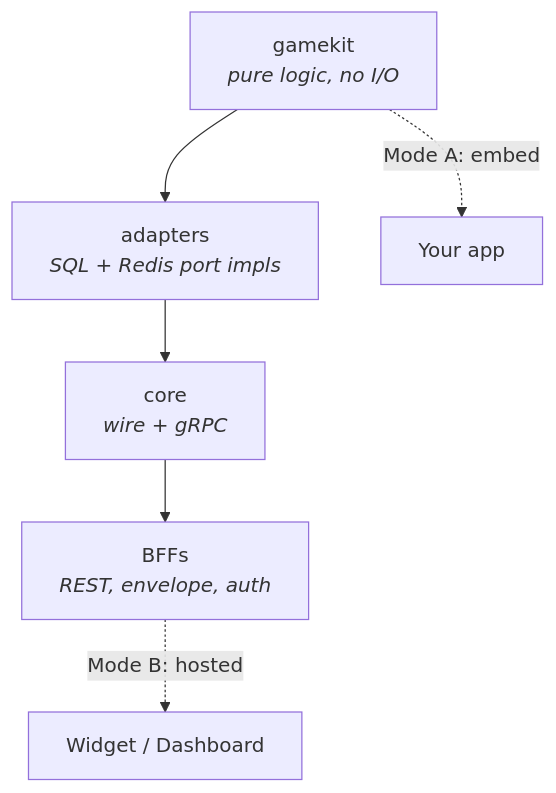
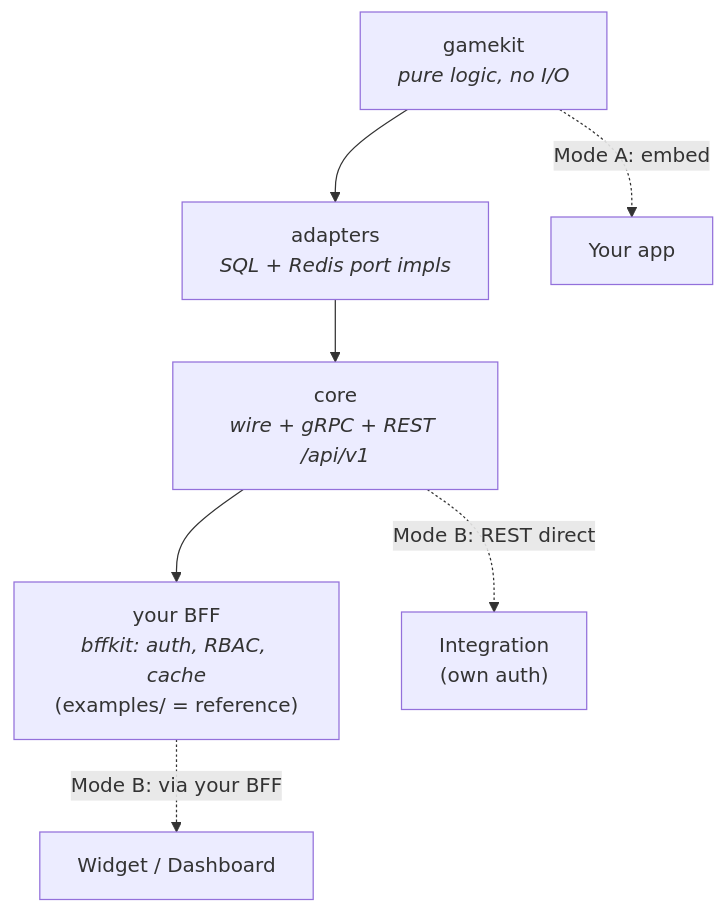
One commit to ndmt1at21/muse changed the second of 2 diagrams in website/docs/intro.md. Above: the diagram before and after it, drawn with Mermaid. The commit also changed other lines of this file and 53 other files, not shown here.

````diff
--- a/website/docs/intro.md
+++ b/website/docs/intro.md
@@ -55,8 +55,9 @@
 ```mermaid
 flowchart TD
   gk["gamekit<br/><i>pure logic, no I/O</i>"] --> ad["adapters<br/><i>SQL + Redis port impls</i>"]
-  ad --> core["core<br/><i>wire + gRPC</i>"]
-  core --> bff["BFFs<br/><i>REST, envelope, auth</i>"]
+  ad --> core["core<br/><i>wire + gRPC + REST /api/v1</i>"]
+  core --> bff["your BFF<br/><i>bffkit: auth, RBAC, cache</i><br/>(examples/ = reference)"]
   gk -. "Mode A: embed" .-> you["Your app"]
-  bff -. "Mode B: hosted" .-> client["Widget / Dashboard"]
+  core -. "Mode B: REST direct" .-> client2["Integration<br/>(own auth)"]
+  bff -. "Mode B: via your BFF" .-> client["Widget / Dashboard"]
 ```
````
